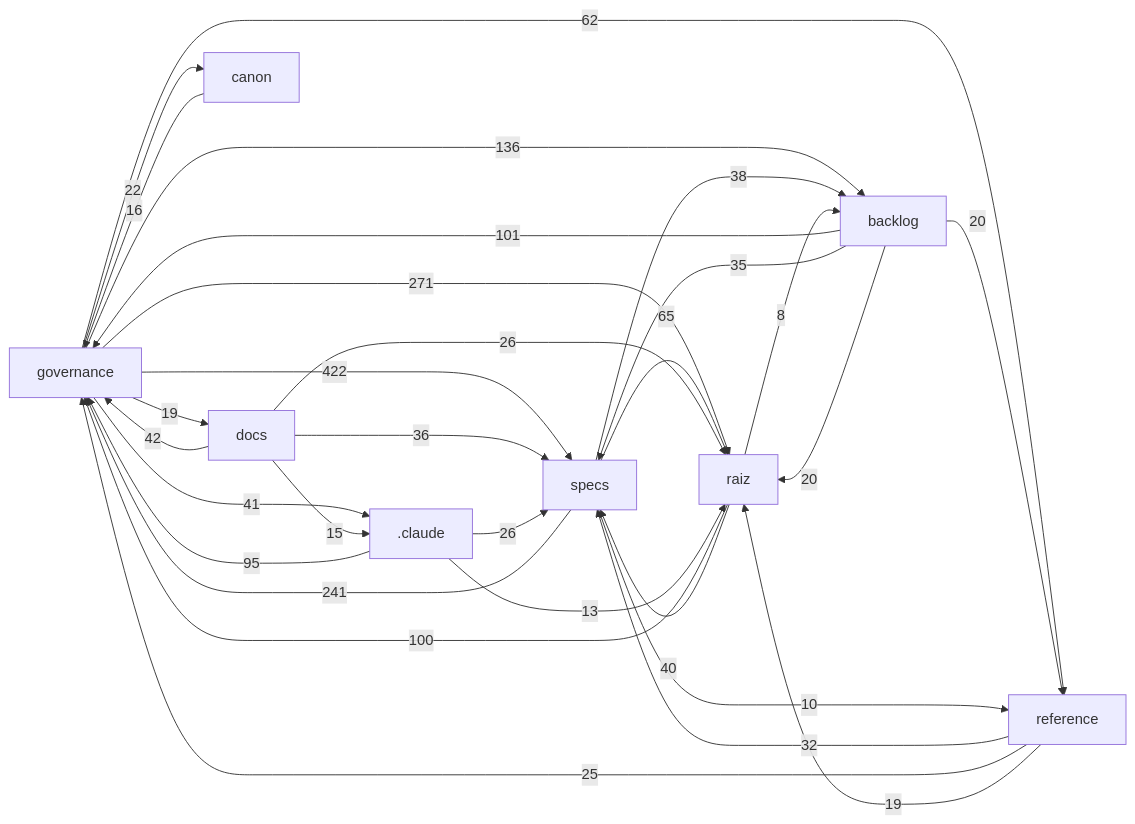
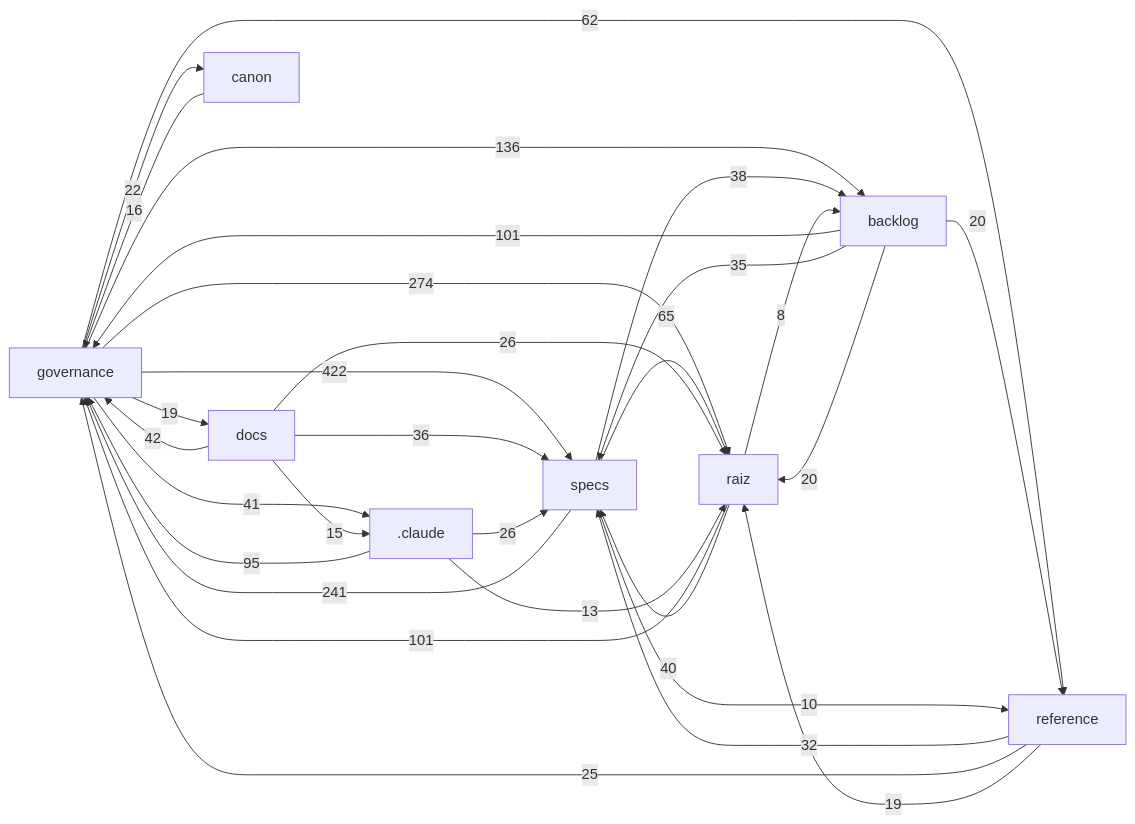
The diagram in docs/mapa/MAPA-PROJETO.md (Andraus35/Sistema-Operacional-de-Trading--SOT), drawn with Mermaid before and after one commit. The commit also changed other lines of this file and 5 other files, not shown here.

````diff
--- a/docs/mapa/MAPA-PROJETO.md
+++ b/docs/mapa/MAPA-PROJETO.md
@@ -29,32 +29,32 @@
 ```mermaid
 flowchart LR
   governance["governance"] -->|422| specs["specs"]
-  governance["governance"] -->|271| raiz["raiz"]
+  governance["governance"] -->|274| raiz["raiz"]
   specs["specs"] -->|241| governance["governance"]
   governance["governance"] -->|136| backlog["backlog"]
+  raiz["raiz"] -->|101| governance["governance"]
   backlog["backlog"] -->|101| governance["governance"]
-  raiz["raiz"] -->|100| governance["governance"]
   _claude[".claude"] -->|95| governance["governance"]
   specs["specs"] -->|65| raiz["raiz"]
   governance["governance"] -->|62| reference["reference"]
   docs["docs"] -->|42| governance["governance"]
   governance["governance"] -->|41| _claude[".claude"]
   raiz["raiz"] -->|40| specs["specs"]
   specs["specs"] -->|38| backlog["backlog"]
   docs["docs"] -->|36| specs["specs"]
   backlog["backlog"] -->|35| specs["specs"]
   reference["reference"] -->|32| specs["specs"]
   _claude[".claude"] -->|26| specs["specs"]
   docs["docs"] -->|26| raiz["raiz"]
   reference["reference"] -->|25| governance["governance"]
   governance["governance"] -->|22| canon["canon"]
   backlog["backlog"] -->|20| raiz["raiz"]
   backlog["backlog"] -->|20| reference["reference"]
   governance["governance"] -->|19| docs["docs"]
   reference["reference"] -->|19| raiz["raiz"]
   canon["canon"] -->|16| governance["governance"]
   docs["docs"] -->|15| _claude[".claude"]
   _claude[".claude"] -->|13| raiz["raiz"]
   specs["specs"] -->|10| reference["reference"]
   raiz["raiz"] -->|8| backlog["backlog"]
 ```
````
